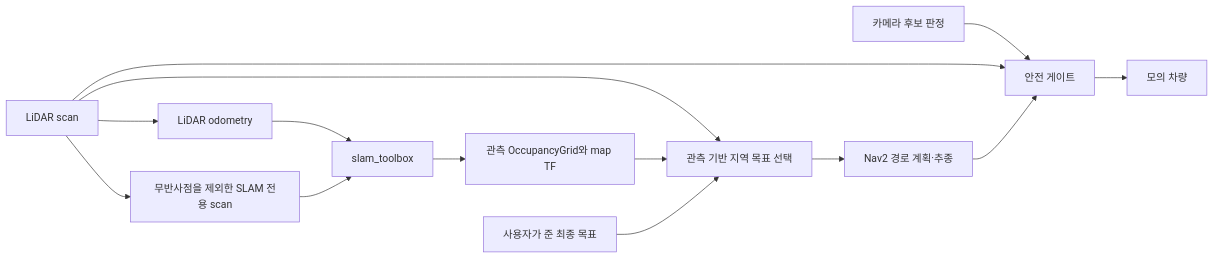
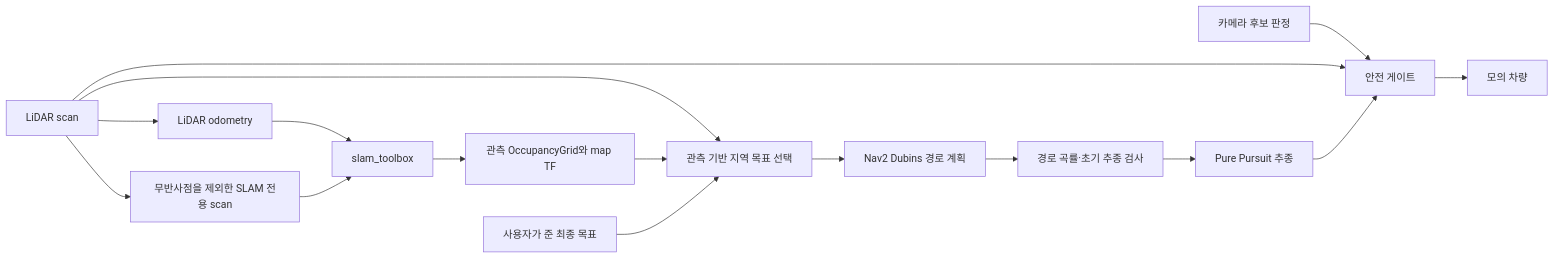
Before and after one commit to dongguekim-rgb/mrider: the diagram in docs/large-office-navigation.md, drawn with Mermaid. The commit also changed other lines of this file and 28 other files, not shown here.

````diff
--- a/docs/large-office-navigation.md
+++ b/docs/large-office-navigation.md
@@ -56,16 +60,18 @@
 ```mermaid
 flowchart LR
   S[LiDAR scan] --> O[LiDAR odometry]
   O --> SL[slam_toolbox]
   S --> F[무반사점을 제외한 SLAM 전용 scan]
   F --> SL
   SL --> M[관측 OccupancyGrid와 map TF]
   S --> L[관측 기반 지역 목표 선택]
   M --> L
   G[사용자가 준 최종 목표] --> L
-  L --> N[Nav2 경로 계획·추종]
+  L --> N[Nav2 Dubins 경로 계획]
+  N --> P[경로 곡률·초기 추종 검사]
+  P --> R[Pure Pursuit 추종]
   C[카메라 후보 판정] --> SG[안전 게이트]
   S --> SG
-  N --> SG
+  R --> SG
   SG --> V[모의 차량]
 ```
````
